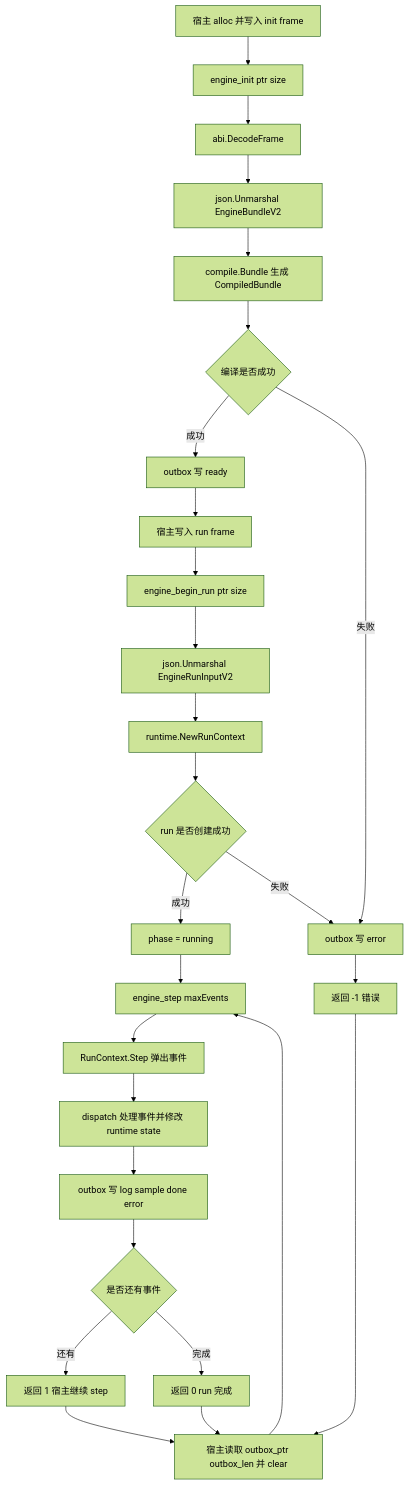
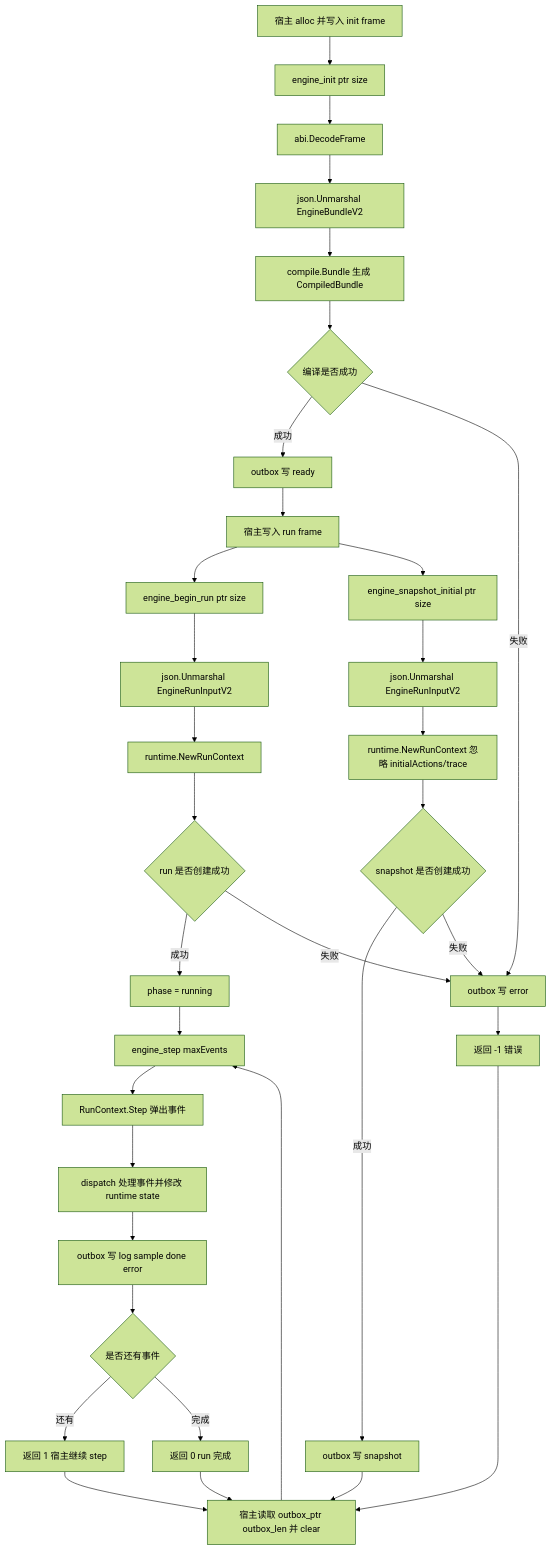
One commit to JeanbartBiubiu/damage_viewer_project_planning changed the second of 6 diagrams in wasm/tinygo_engine_v2/ARCHITECTURE.md. Above: the diagram before and after it, drawn with Mermaid (forest theme). The commit also changed other lines of this file and 11 other files, not shown here.

````diff
--- a/wasm/tinygo_engine_v2/ARCHITECTURE.md
+++ b/wasm/tinygo_engine_v2/ARCHITECTURE.md
@@ -50,36 +50,45 @@
 ```mermaid
 graph TD
     A["宿主 alloc 并写入 init frame"]
     B["engine_init ptr size"]
     C["abi.DecodeFrame"]
     D["json.Unmarshal EngineBundleV2"]
     E["compile.Bundle 生成 CompiledBundle"]
     F{"编译是否成功"}
     G["outbox 写 ready"]
     H["outbox 写 error"]
     I["宿主写入 run frame"]
     J["engine_begin_run ptr size"]
+    J2["engine_snapshot_initial ptr size"]
     K["json.Unmarshal EngineRunInputV2"]
     L["runtime.NewRunContext"]
     M{"run 是否创建成功"}
     N["phase = running"]
+    K2["json.Unmarshal EngineRunInputV2"]
+    L2["runtime.NewRunContext 忽略 initialActions/trace"]
+    M2{"snapshot 是否创建成功"}
+    N2["outbox 写 snapshot"]
     O["engine_step maxEvents"]
     P["RunContext.Step 弹出事件"]
     Q["dispatch 处理事件并修改 runtime state"]
     R["outbox 写 log sample done error"]
     S{"是否还有事件"}
     T["返回 1 宿主继续 step"]
     U["返回 0 run 完成"]
     V["返回 -1 错误"]
     W["宿主读取 outbox_ptr outbox_len 并 clear"]
 
     A --> B --> C --> D --> E --> F
     F -->|成功| G
     F -->|失败| H
-    G --> I --> J --> K --> L --> M
+    G --> I
+    I --> J --> K --> L --> M
+    I --> J2 --> K2 --> L2 --> M2
     M -->|成功| N --> O --> P --> Q --> R --> S
     M -->|失败| H
+    M2 -->|成功| N2 --> W
+    M2 -->|失败| H
     S -->|还有| T --> W --> O
     S -->|完成| U --> W
     H --> V --> W
 ```
````
